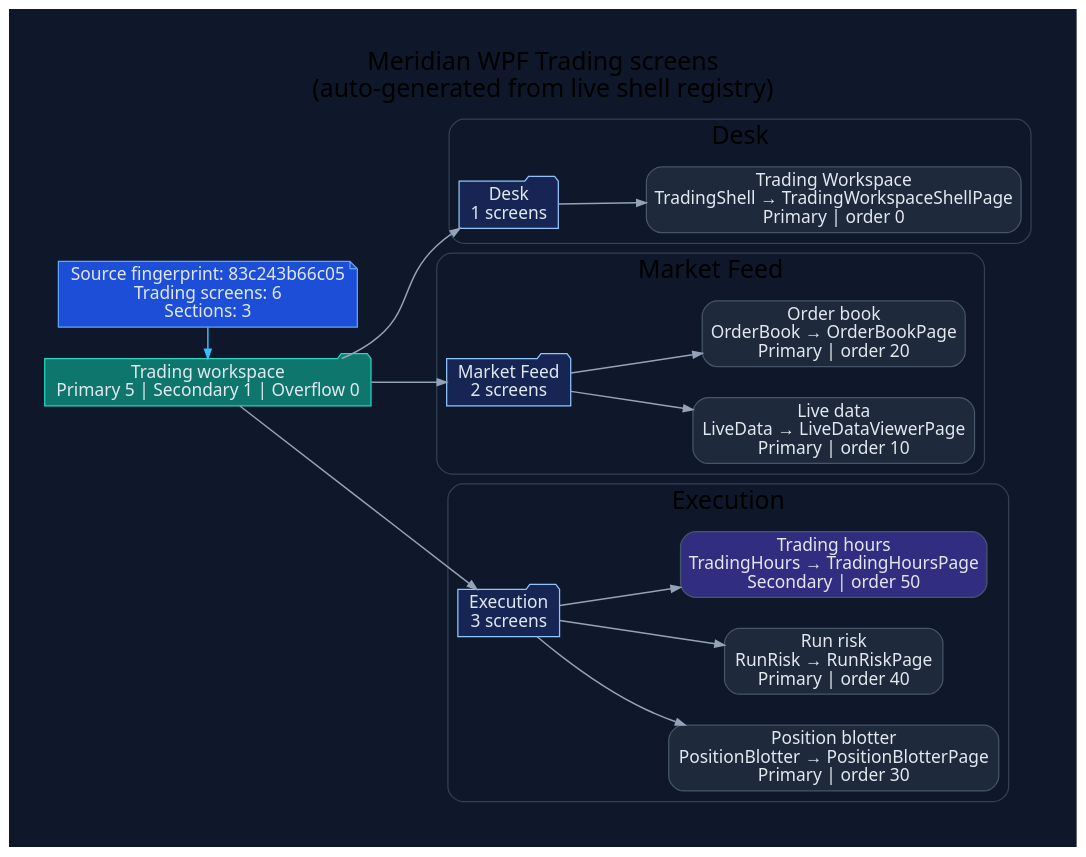
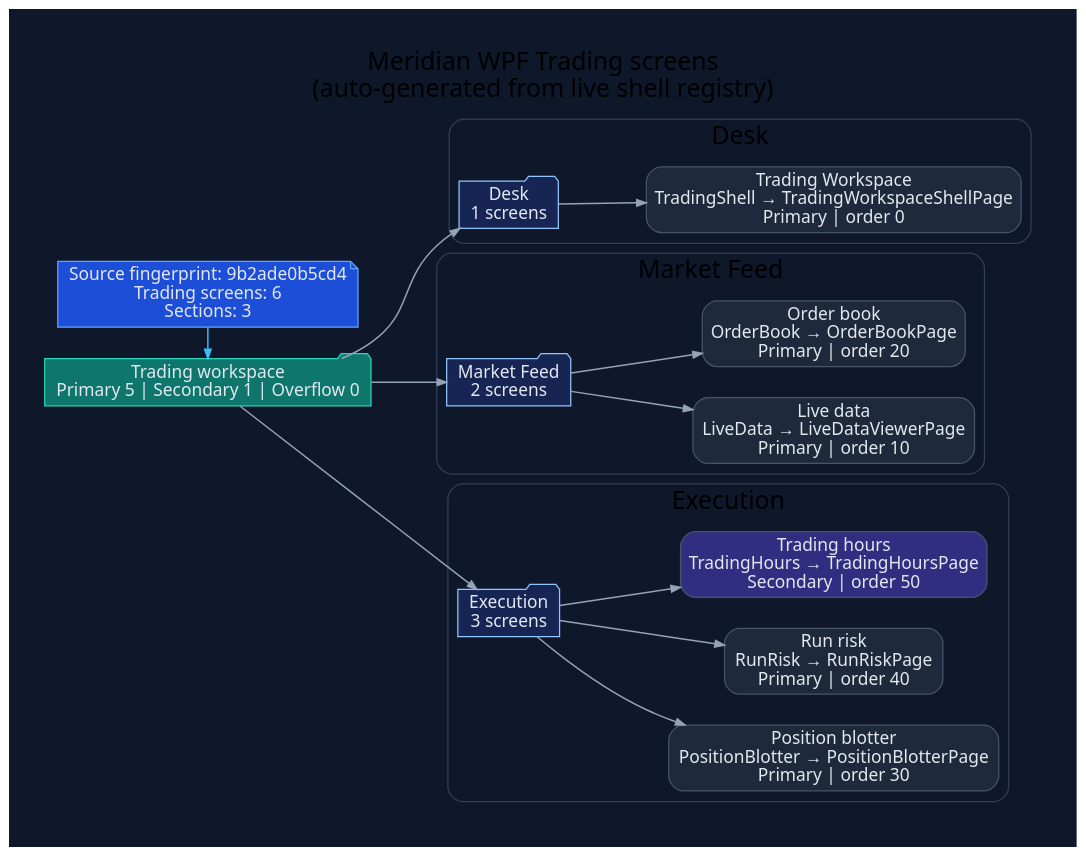
The diagram in docs/diagrams/ui/ui-wpf-screens-trading.dot (rodoHasArrived/Meridian-main), drawn with Graphviz before and after one commit. The commit also changed 50 other files, not shown here.

```diff
--- a/docs/diagrams/ui/ui-wpf-screens-trading.dot
+++ b/docs/diagrams/ui/ui-wpf-screens-trading.dot
@@ -1,62 +1,62 @@
 // -----------------------------------------------------------------------------
 // <auto-generated>
 // Generated by scripts/generate-diagrams.mjs.
 // Do not edit this file directly; update the WPF source files instead.
 // -----------------------------------------------------------------------------
 digraph WpfTradingScreens {
   graph [
     rankdir=LR,
     labelloc=t,
     label="Meridian WPF Trading screens\n(auto-generated from live shell registry)",
     fontname="Segoe UI",
     fontsize=20,
     pad=0.4,
     nodesep=0.35,
     ranksep=0.85,
     bgcolor="#0f172a"
   ];
   node [fontname="Segoe UI", shape=box, style="rounded,filled", color="#475569", fontcolor="#e2e8f0", fillcolor="#1e293b"];
   edge [fontname="Segoe UI", color="#94a3b8", penwidth=1.2, arrowsize=0.75];
 
-  generated [shape=note, fillcolor="#1d4ed8", color="#60a5fa", label="Source fingerprint: 83c243b66c05\nTrading screens: 6\nSections: 3"];
+  generated [shape=note, fillcolor="#1d4ed8", color="#60a5fa", label="Source fingerprint: 9b2ade0b5cd4\nTrading screens: 6\nSections: 3"];
   workspace [shape=folder, fillcolor="#0f766e", color="#2dd4bf", label="Trading workspace\nPrimary 5 | Secondary 1 | Overflow 0"];
   generated -> workspace [color="#38bdf8"];
 
   subgraph cluster_section_1 {
     label="Desk";
     color="#334155";
     style="rounded";
     section_1 [shape=folder, fillcolor="#172554", color="#93c5fd", label="Desk\n1 screens"];
     workspace -> section_1;
     screen_TradingShell [fillcolor="#1e293b", label="Trading Workspace\nTradingShell → TradingWorkspaceShellPage\nPrimary | order 0"];
     section_1 -> screen_TradingShell;
   }
 
   subgraph cluster_section_2 {
     label="Market Feed";
     color="#334155";
     style="rounded";
     section_2 [shape=folder, fillcolor="#172554", color="#93c5fd", label="Market Feed\n2 screens"];
     workspace -> section_2;
     screen_LiveData [fillcolor="#1e293b", label="Live data\nLiveData → LiveDataViewerPage\nPrimary | order 10"];
     section_2 -> screen_LiveData;
     screen_OrderBook [fillcolor="#1e293b", label="Order book\nOrderBook → OrderBookPage\nPrimary | order 20"];
     section_2 -> screen_OrderBook;
   }
 
   subgraph cluster_section_3 {
     label="Execution";
     color="#334155";
     style="rounded";
     section_3 [shape=folder, fillcolor="#172554", color="#93c5fd", label="Execution\n3 screens"];
     workspace -> section_3;
     screen_PositionBlotter [fillcolor="#1e293b", label="Position blotter\nPositionBlotter → PositionBlotterPage\nPrimary | order 30"];
     section_3 -> screen_PositionBlotter;
     screen_RunRisk [fillcolor="#1e293b", label="Run risk\nRunRisk → RunRiskPage\nPrimary | order 40"];
     section_3 -> screen_RunRisk;
     screen_TradingHours [fillcolor="#312e81", label="Trading hours\nTradingHours → TradingHoursPage\nSecondary | order 50"];
     section_3 -> screen_TradingHours;
   }
 
   { rank=min; generated; workspace; }
 }
```
